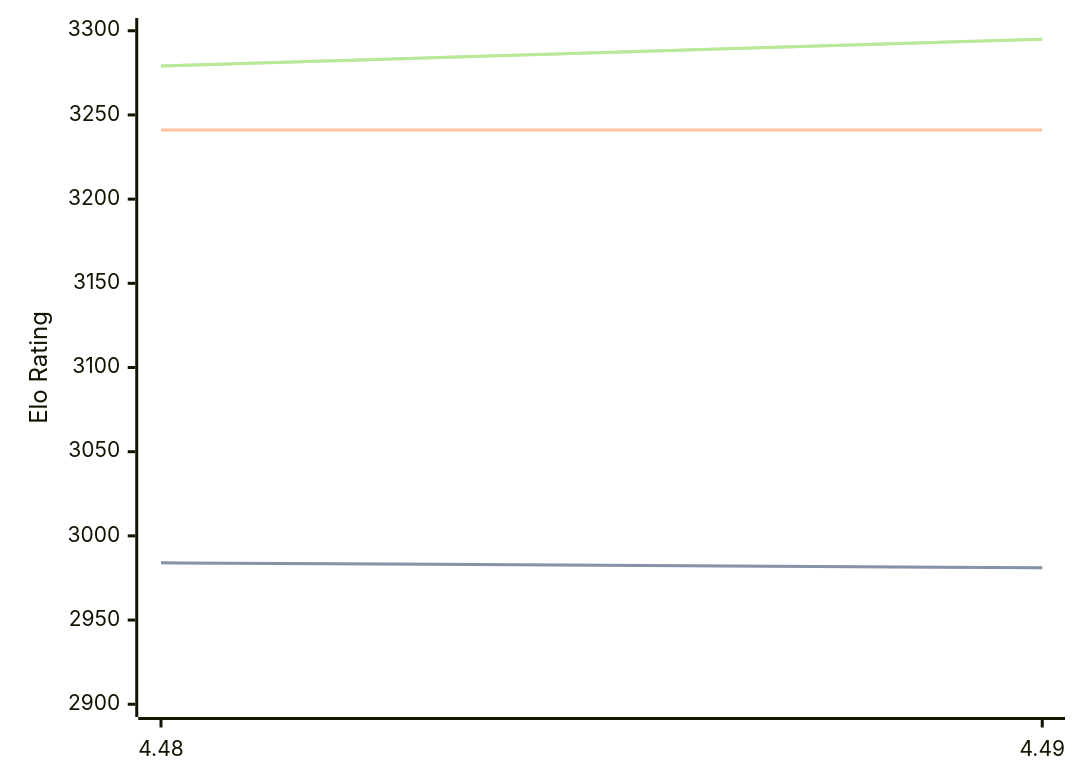
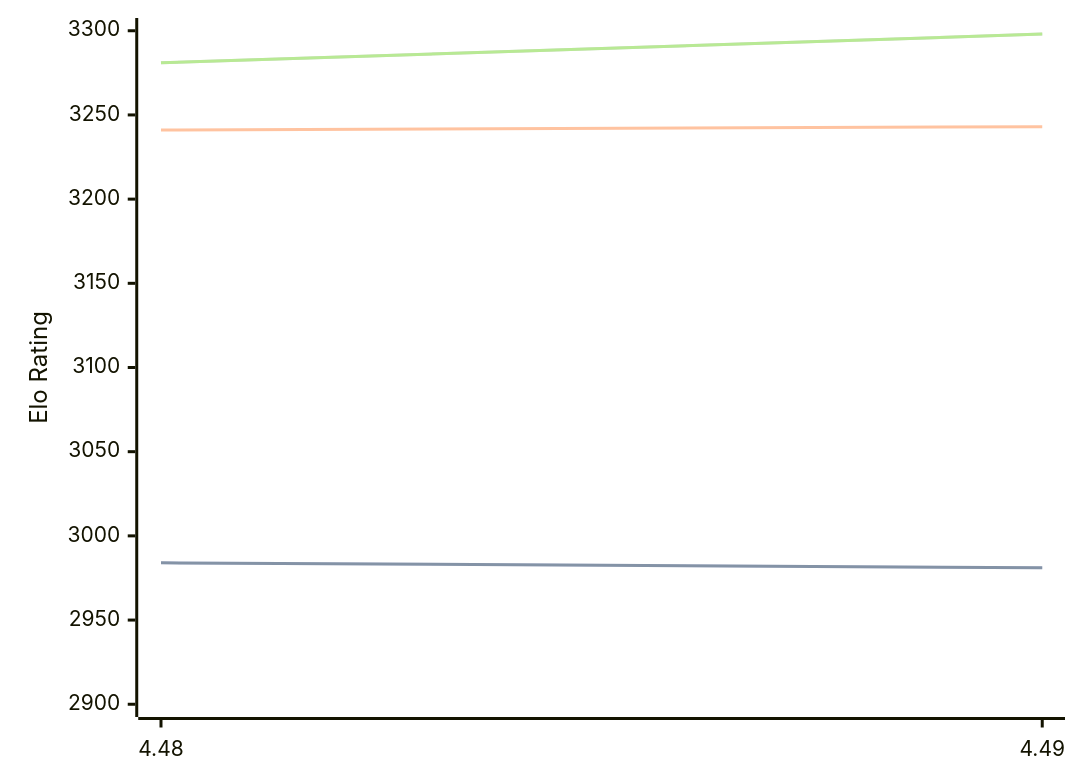
Before and after one commit to computer-chess-index/cci: the diagram in engines/Cheng4.md, drawn with Mermaid. The commit also changed other lines of this file, not shown here.

Commit message:
Update CCI Ratings (ELO VLTC) - 2026-09-14

````diff
--- a/engines/Cheng4.md
+++ b/engines/Cheng4.md
@@ -32,11 +32,11 @@
 ```mermaid
 %%{init: {"theme":"base","themeVariables":{"seriesColors:['#a3a3a3','#222221','#faa371']}}}%%
 xychart-beta
   x-axis ["4.48", "4.49"]
   y-axis "Elo Rating" 2900 --> 3300
   line "" [2984, 2981]
   line "STC (8.0+0.08s)" [2984, 2981]
-  line "LTC (60.0+0.60s)" [3241, 3241]
-  line "" [3279, 3295]
-  line "VLTC (2m24s+1.12s)" [3279, 3295]
+  line "LTC (60.0+0.60s)" [3241, 3243]
+  line "" [3281, 3298]
+  line "VLTC (2m24s+1.12s)" [3281, 3298]
 ```
````
